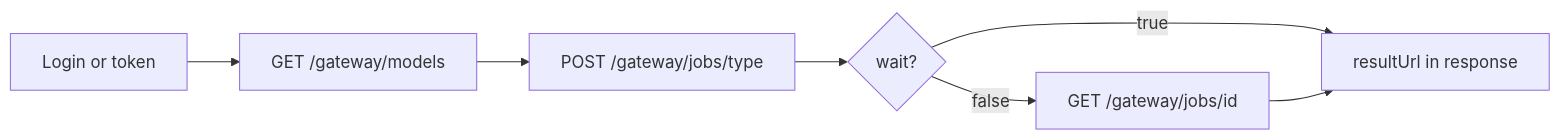
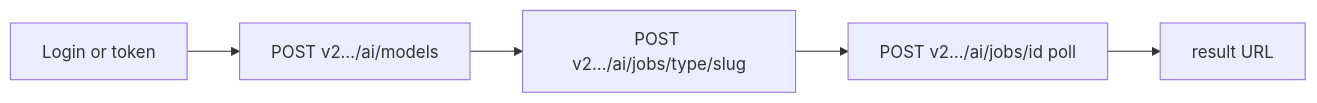
The diagram in docs/th/cookbook/agent-http-flow.md (bruno-hao97/ai-gateway), drawn with Mermaid before and after one commit. The commit also changed other lines of this file and 109 other files, not shown here.

````diff
--- a/docs/th/cookbook/agent-http-flow.md
+++ b/docs/th/cookbook/agent-http-flow.md
@@ -12,9 +12,7 @@
 ```mermaid
 flowchart LR
-  A[Login or token] --> B[GET /gateway/models]
-  B --> C[POST /gateway/jobs/type]
-  C --> D{wait?}
-  D -->|true| E[resultUrl in response]
-  D -->|false| F[GET /gateway/jobs/id]
-  F --> E
+  A[Login or token] --> B[POST v2…/ai/models]
+  B --> C[POST v2…/ai/jobs/type/slug]
+  C --> D[POST v2…/ai/jobs/id poll]
+  D --> E[result URL]
 ```
````
